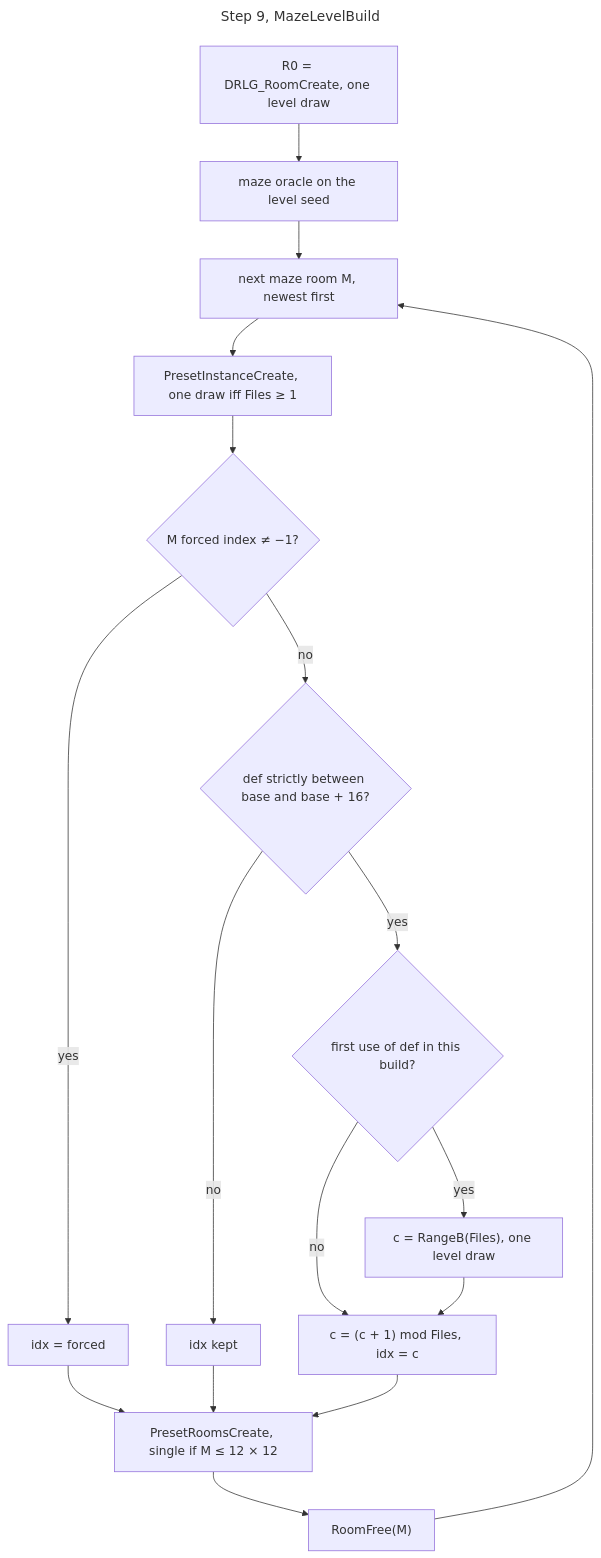
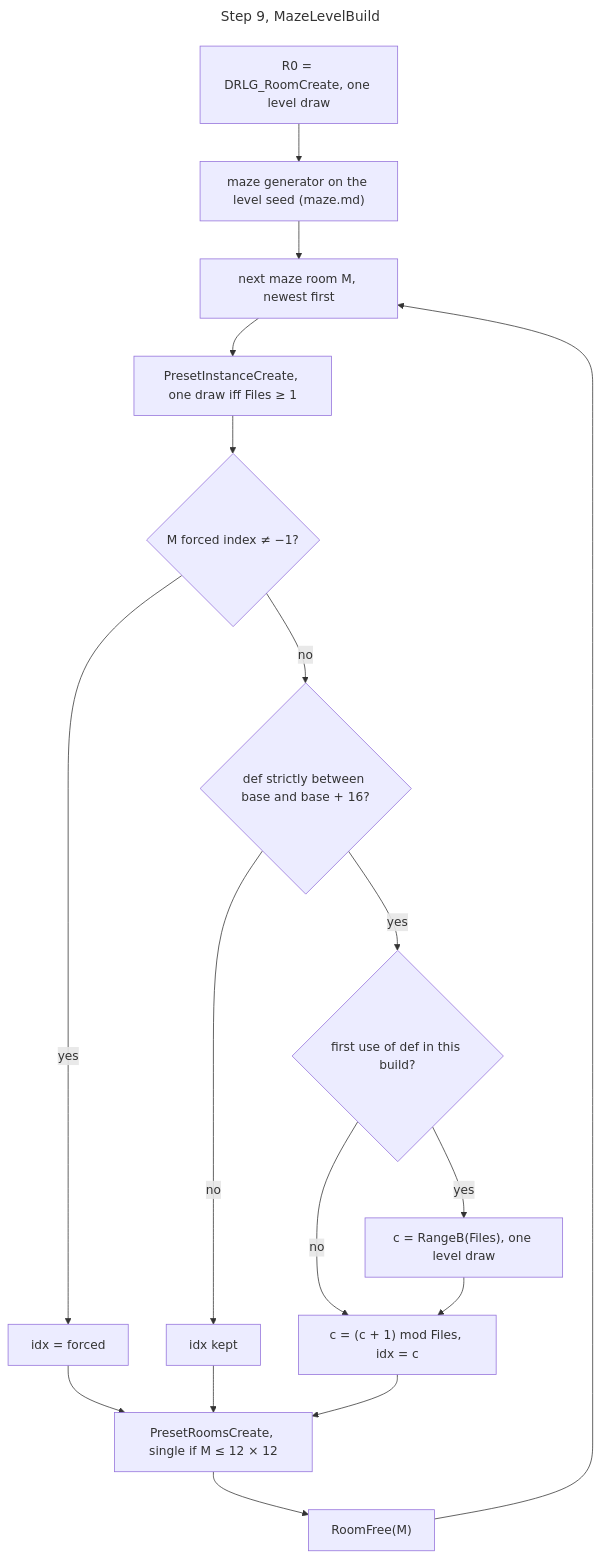
Before and after one commit to IgorKonovalov/diablo-2-recompilation: the fifth of 5 diagrams in docs/specs/drlg/README.md, drawn with Mermaid. The commit also changed other lines of this file and 8 other files, not shown here.

First line of the commit message:
docs(specs): drlg/maze and drlg/warps drafted, overview, collision and spawn inputs replaced (plan 0022 Phase 3)

````diff
--- a/docs/specs/drlg/README.md
+++ b/docs/specs/drlg/README.md
@@ -170,20 +172,20 @@
 ```mermaid
 ---
 title: "Step 9, MazeLevelBuild"
 ---
 flowchart TD
-  r0["R0 = DRLG_RoomCreate, one level draw"] --> mo["maze oracle on the level seed"]
+  r0["R0 = DRLG_RoomCreate, one level draw"] --> mo["maze generator on the level seed (maze.md)"]
   mo --> m["next maze room M, newest first"]
   m --> pi["PresetInstanceCreate, one draw iff Files ≥ 1"]
   pi --> fo{"M forced index ≠ −1?"}
   fo -->|yes| fi["idx = forced"]
   fo -->|no| rot{"def strictly between base and base + 16?"}
   rot -->|no| keep["idx kept"]
   rot -->|yes| first{"first use of def in this build?"}
   first -->|yes| rb["c = RangeB(Files), one level draw"]
   first -->|no| adv
   rb --> adv["c = (c + 1) mod Files, idx = c"]
   fi & keep & adv --> rooms["PresetRoomsCreate, single if M ≤ 12 × 12"]
   rooms --> free["RoomFree(M)"]
   free --> m
 ```
````
